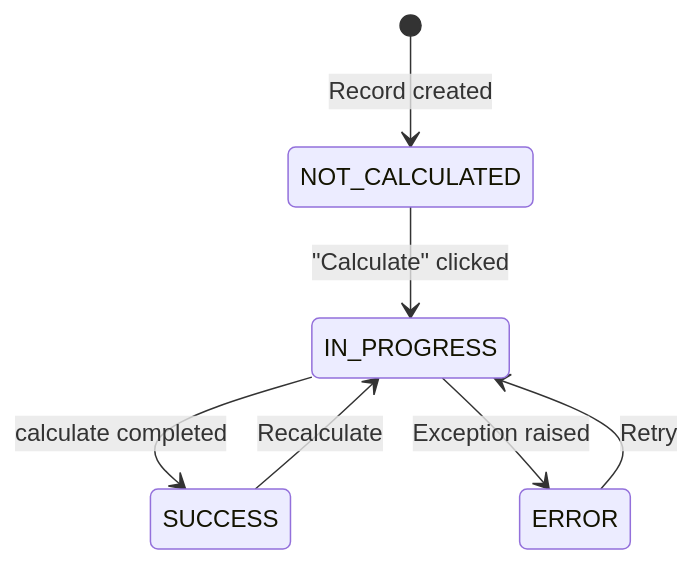
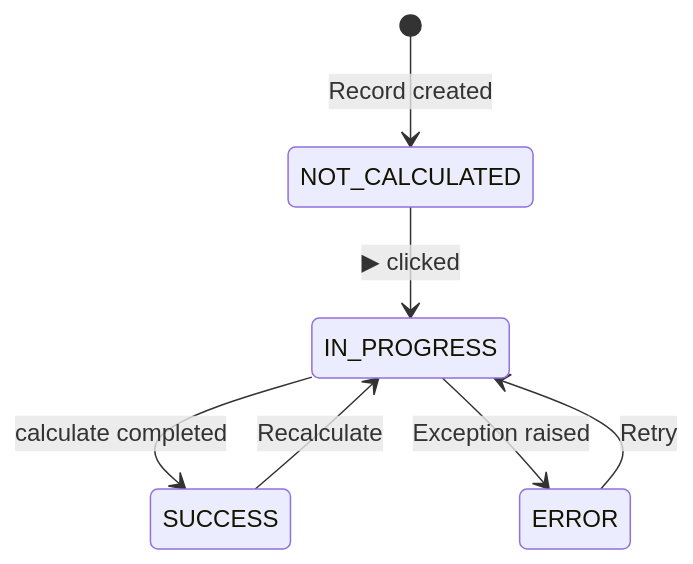
The diagram in content/start-here/tutorial/Part 3 — Calculations & Logging.md (ExcellenceCloudGmbH/lex-app-docs), drawn with Mermaid before and after one commit. The commit also changed other lines of this file and 33 other files, not shown here.

````diff
--- a/content/start-here/tutorial/Part 3 — Calculations & Logging.md
+++ b/content/start-here/tutorial/Part 3 — Calculations & Logging.md
@@ -193,9 +195,9 @@
 ```mermaid
 stateDiagram-v2
     [*] --> NOT_CALCULATED : Record created
-    NOT_CALCULATED --> IN_PROGRESS : "Calculate" clicked
+    NOT_CALCULATED --> IN_PROGRESS : ▶ clicked
     IN_PROGRESS --> SUCCESS : calculate completed
     IN_PROGRESS --> ERROR : Exception raised
     ERROR --> IN_PROGRESS : Retry
     SUCCESS --> IN_PROGRESS : Recalculate
 ```
````
